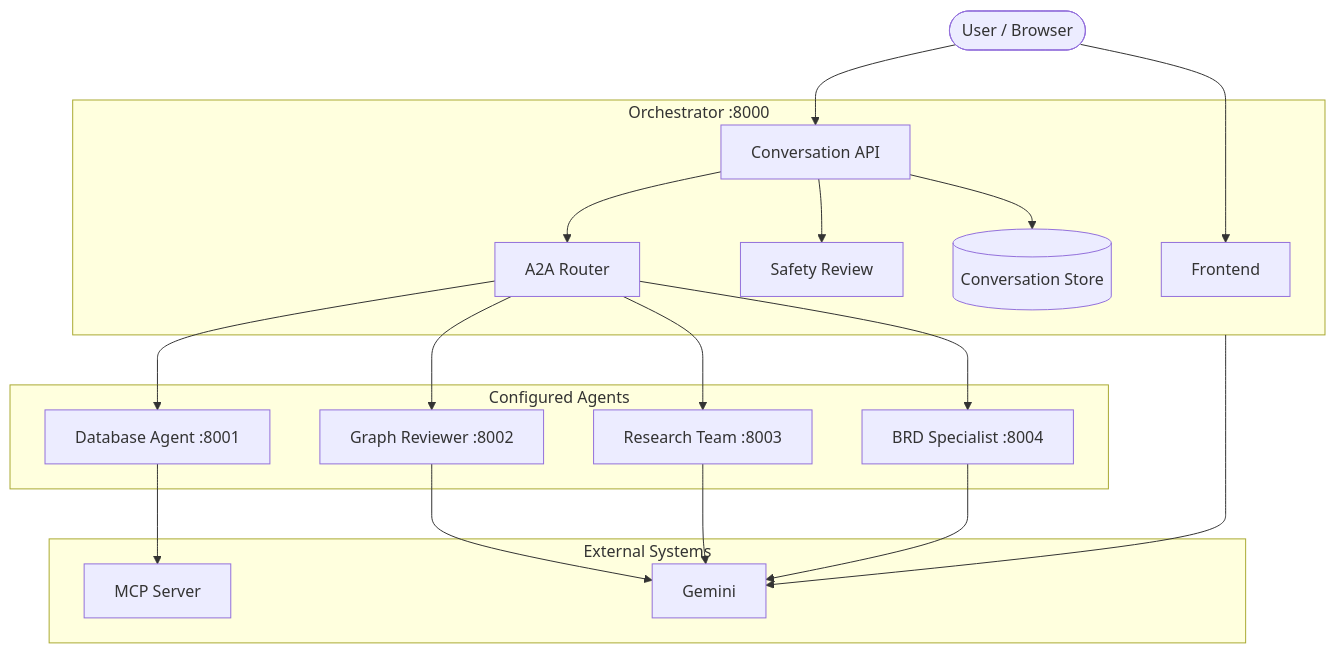
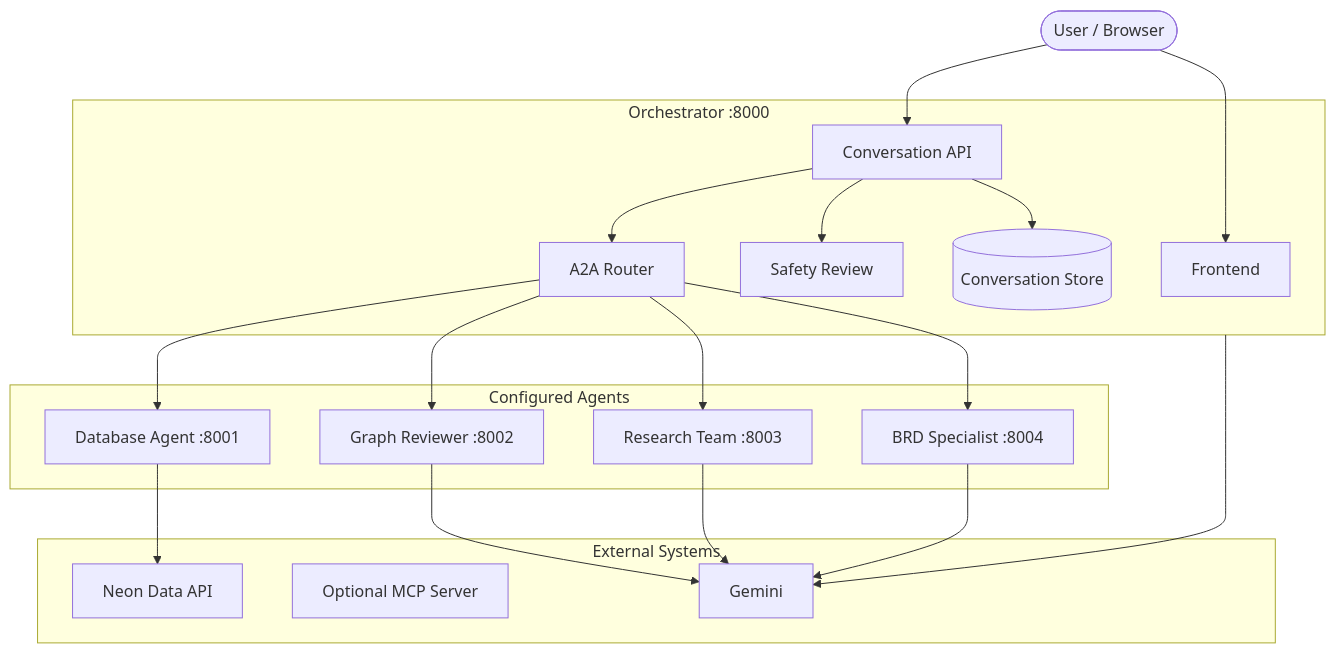
Before and after one commit to daniel-was-taken/a2a-strands-example: the first of 5 diagrams in docs/architecture.md, drawn with Mermaid. The commit also changed other lines of this file and 3 other files, not shown here.

Commit message:
feat: add Database Agent implementation using Neon Data API and update architecture documentation

````diff
--- a/docs/architecture.md
+++ b/docs/architecture.md
@@ -5,39 +5,40 @@
 ```mermaid
 graph TB
     User([User / Browser])
 
     subgraph Orchestrator ["Orchestrator :8000"]
         FE[Frontend]
         API[Conversation API]
         Safety[Safety Review]
         Store[(Conversation Store)]
         Router[A2A Router]
     end
 
     subgraph Agents ["Configured Agents"]
         DB[Database Agent :8001]
         GR[Graph Reviewer :8002]
         RT[Research Team :8003]
         BRD[BRD Specialist :8004]
     end
 
     subgraph External ["External Systems"]
-        MCP[MCP Server]
+        NeonAPI[Neon Data API]
+        MCP[Optional MCP Server]
         LLM[Gemini]
     end
 
     User --> FE
     User --> API
     API --> Store
     API --> Safety
     API --> Router
     Router --> DB
     Router --> GR
     Router --> RT
     Router --> BRD
-    DB --> MCP
+    DB --> NeonAPI
     Orchestrator --> LLM
     GR --> LLM
     RT --> LLM
     BRD --> LLM
 ```
````
